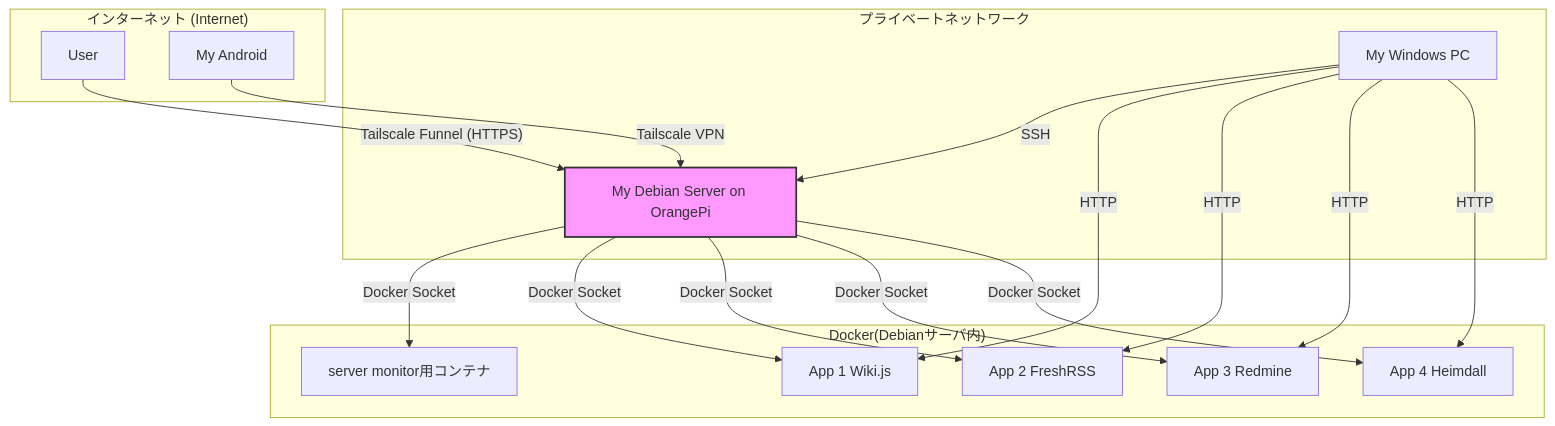
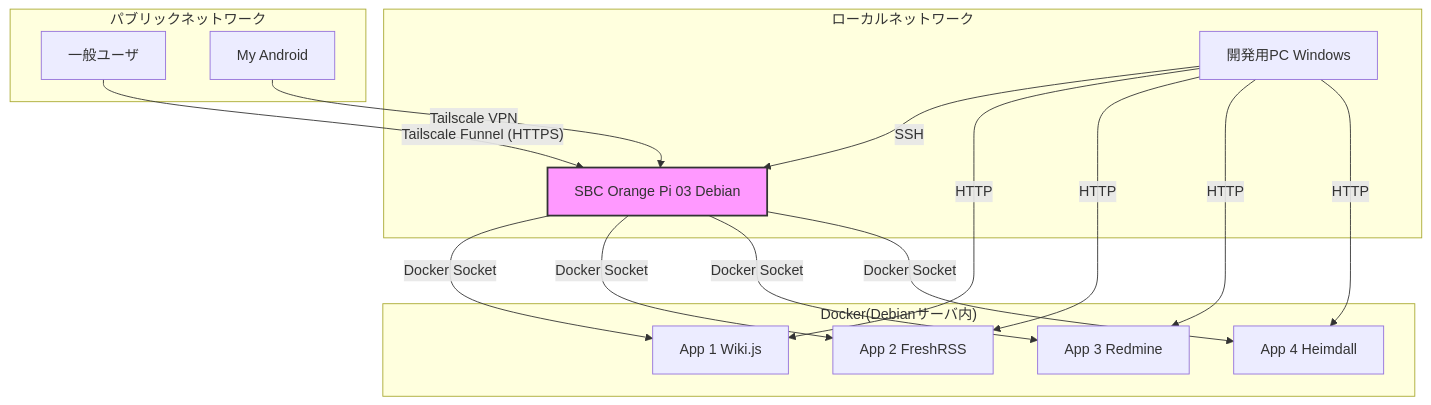
One commit to qack-dev/homelab changed the first of 2 diagrams in README.md. Above: the diagram before and after it, drawn with Mermaid. The commit also changed other lines of this file, not shown here.

````diff
--- a/README.md
+++ b/README.md
@@ -9,31 +23,29 @@
 ```mermaid
 graph TD
-    subgraph "インターネット (Internet)"
-        J[User]
+    subgraph "パブリックネットワーク"
+        J[一般ユーザ]
         K[My Android]
     end
-    subgraph "プライベートネットワーク"
-        A[My Windows PC]
-        B[My Debian Server on OrangePi]
+    subgraph "ローカルネットワーク"
+        A[開発用PC Windows]
+        B[SBC Orange Pi 03 Debian]
     end
     subgraph "Docker(Debianサーバ内)"
-        C[server monitor用コンテナ]
         D[App 1 Wiki.js]
         E[App 2 FreshRSS]
         F[App 3 Redmine]
         G[App 4 Heimdall]
     end
     A -- SSH --> B
-    B -- Docker Socket --> C
     B -- Docker Socket --> D
     B -- Docker Socket --> E
     B -- Docker Socket --> F
     B -- Docker Socket --> G
     A -- HTTP --> D
     A -- HTTP --> E
     A -- HTTP --> F
     A -- HTTP --> G
     J -- Tailscale Funnel (HTTPS) --> B
     K -- Tailscale VPN --> B
     style B fill:#f9f,stroke:#333,stroke-width:2px
 ```
````
